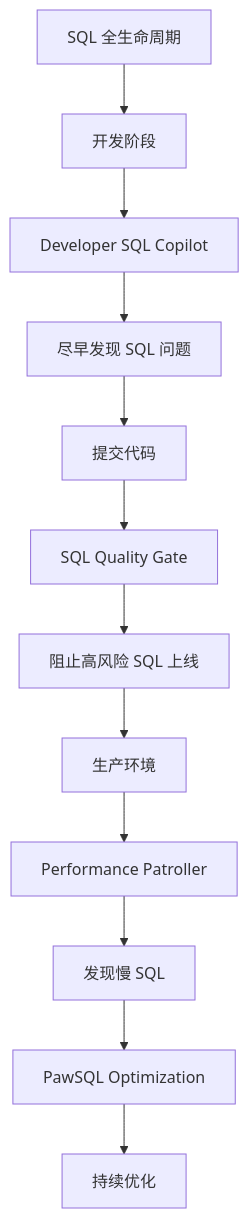
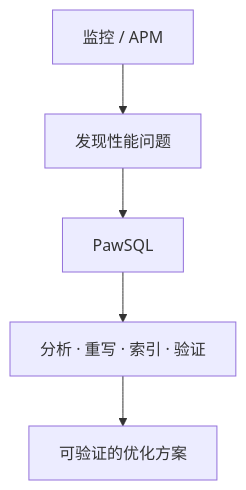
The third of 3 diagrams in docs/use-cases/slow-sql-optimization.mdx (PawSQL/pawsql-docs-mantlify), drawn with Mermaid before and after one commit. The commit also changed other lines of this file and 82 other files, not shown here.

````diff
--- a/docs/use-cases/slow-sql-optimization.mdx
+++ b/docs/use-cases/slow-sql-optimization.mdx
@@ -1159,7 +124,6 @@
 ```mermaid
 flowchart TD
-    T["SQL 全生命周期"] --> A[开发阶段]
-    A --> B[Developer SQL Copilot] --> C[尽早发现 SQL 问题] --> D[提交代码]
-    D --> E[SQL Quality Gate] --> F[阻止高风险 SQL 上线] --> G[生产环境]
-    G --> H[Performance Patroller] --> I[发现慢 SQL] --> J[PawSQL Optimization] --> K[持续优化]
+    A["监控 / APM"] --> B[发现性能问题]
+    B --> C[PawSQL] --> D["分析 · 重写 · 索引 · 验证"]
+    D --> E[可验证的优化方案]
 ```
````
